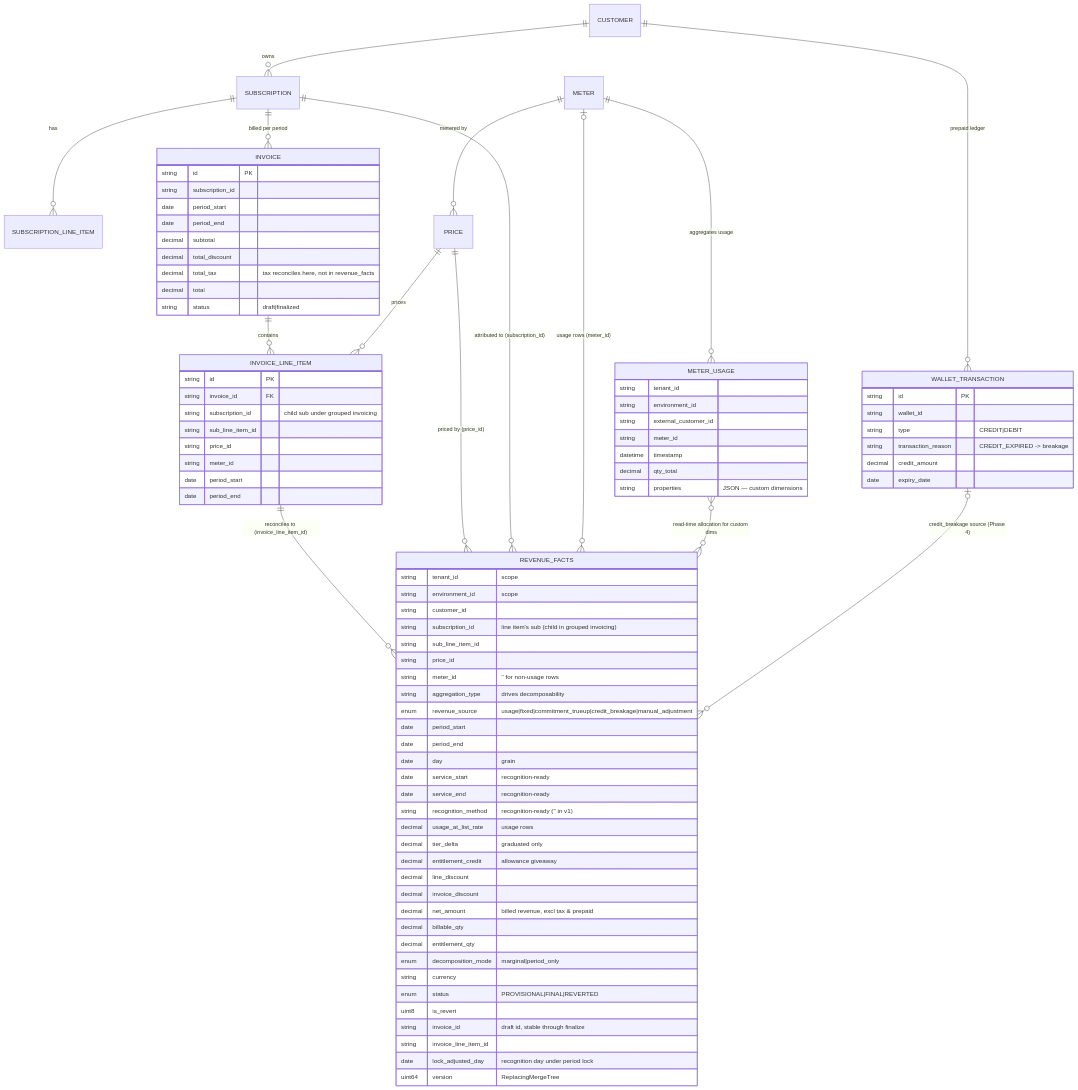
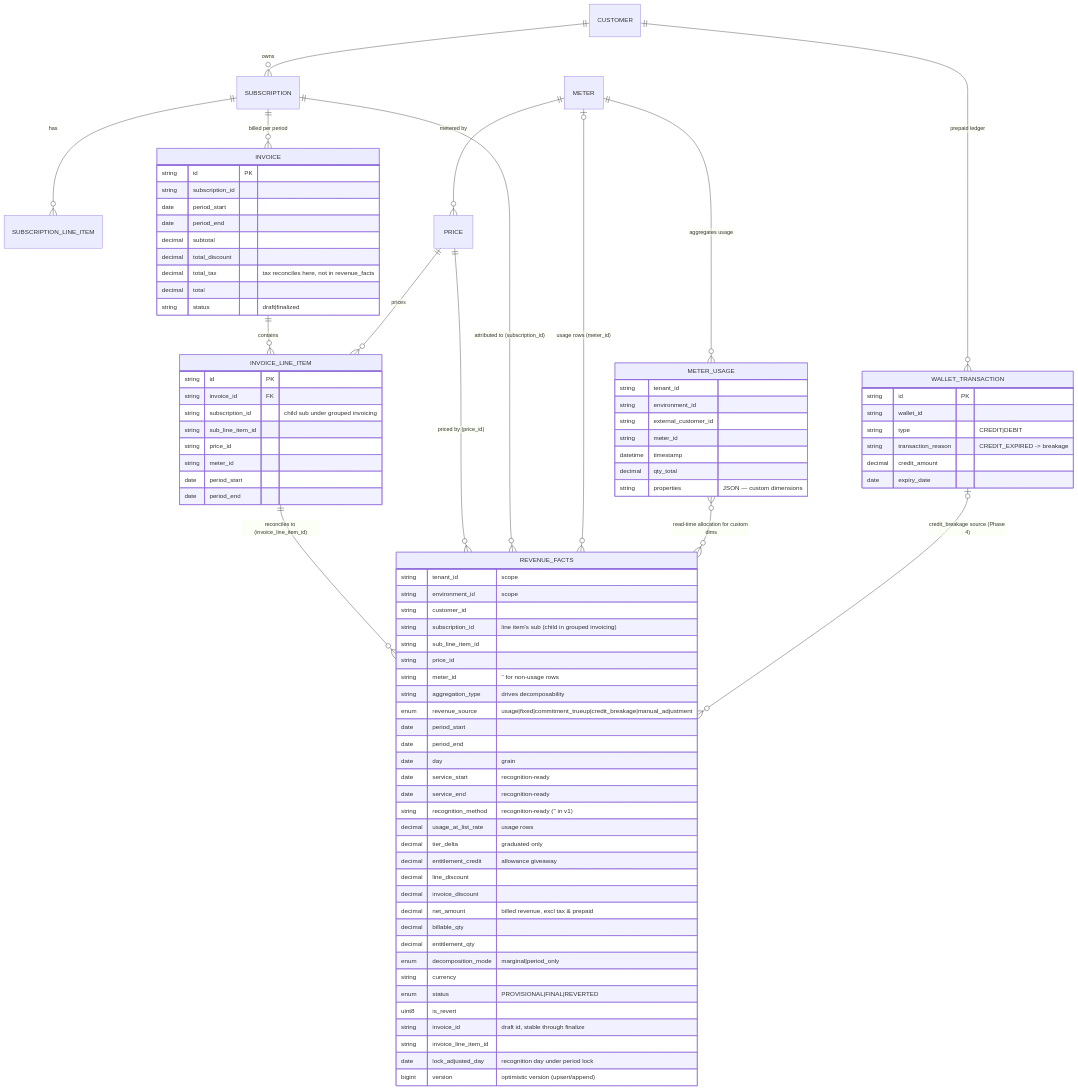
The second of 6 diagrams in docs/design/2026-09-10-FLE-1257-analytics-platform-erd.md (flexprice/flexprice), drawn with Mermaid before and after one commit. The commit also changed other lines of this file, not shown here.

```diff
--- a/docs/design/2026-09-10-FLE-1257-analytics-platform-erd.md
+++ b/docs/design/2026-09-10-FLE-1257-analytics-platform-erd.md
@@ -158,7 +156,7 @@
         string  invoice_id           "draft id, stable through finalize"
         string  invoice_line_item_id
         date    lock_adjusted_day     "recognition day under period lock"
-        uint64  version              "ReplacingMergeTree"
+        bigint  version              "optimistic version (upsert/append)"
     }
 
     METER_USAGE {
```
